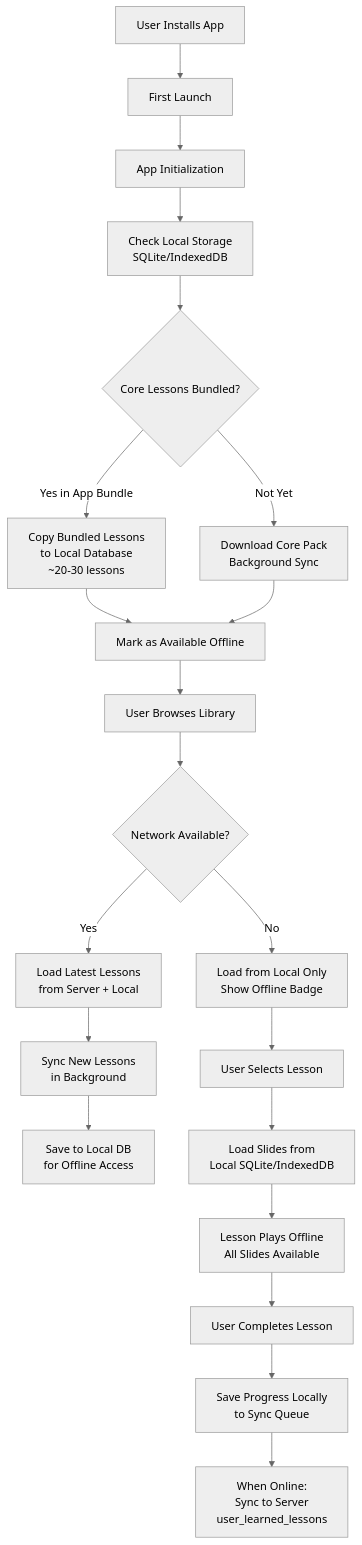
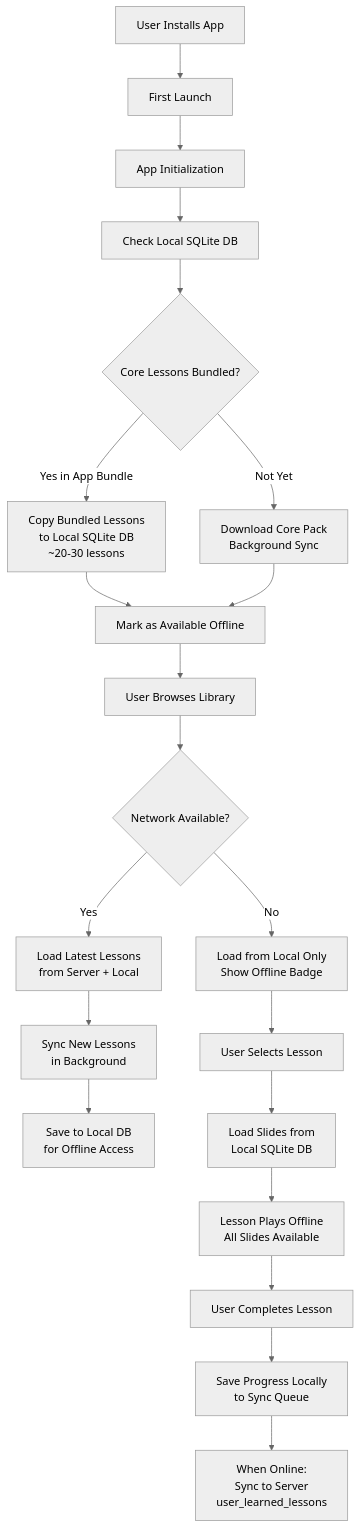
The eighth of 9 diagrams in feature-design/03. Micro learning/01-LEARNING-FLOWS.md (Nhatdien/tranquara_frontend), drawn with Mermaid (neutral theme) before and after one commit. The commit also changed 18 other files, not shown here.

````diff
--- a/feature-design/03. Micro learning/01-LEARNING-FLOWS.md
+++ b/feature-design/03. Micro learning/01-LEARNING-FLOWS.md
@@ -254,30 +254,30 @@
 ```mermaid
 flowchart TD
     A[User Installs App] --> B[First Launch]
     B --> C[App Initialization]
-    C --> D[Check Local Storage<br/>SQLite/IndexedDB]
+    C --> D[Check Local SQLite DB]
     
     D --> E{Core Lessons Bundled?}
-    E -->|Yes in App Bundle| F[Copy Bundled Lessons<br/>to Local Database<br/>~20-30 lessons]
+    E -->|Yes in App Bundle| F[Copy Bundled Lessons<br/>to Local SQLite DB<br/>~20-30 lessons]
     E -->|Not Yet| G[Download Core Pack<br/>Background Sync]
     
     F --> H[Mark as Available Offline]
     G --> H
     
     H --> I[User Browses Library]
     I --> J{Network Available?}
     J -->|Yes| K[Load Latest Lessons<br/>from Server + Local]
     J -->|No| L[Load from Local Only<br/>Show Offline Badge]
     
     K --> M[Sync New Lessons<br/>in Background]
     M --> N[Save to Local DB<br/>for Offline Access]
     
     L --> O[User Selects Lesson]
-    O --> P[Load Slides from<br/>Local SQLite/IndexedDB]
+    O --> P[Load Slides from<br/>Local SQLite DB]
     P --> Q[Lesson Plays Offline<br/>All Slides Available]
     
     Q --> R[User Completes Lesson]
     R --> S[Save Progress Locally<br/>to Sync Queue]
     
     S --> T[When Online:<br/>Sync to Server<br/>user_learned_lessons]
 ```
````
